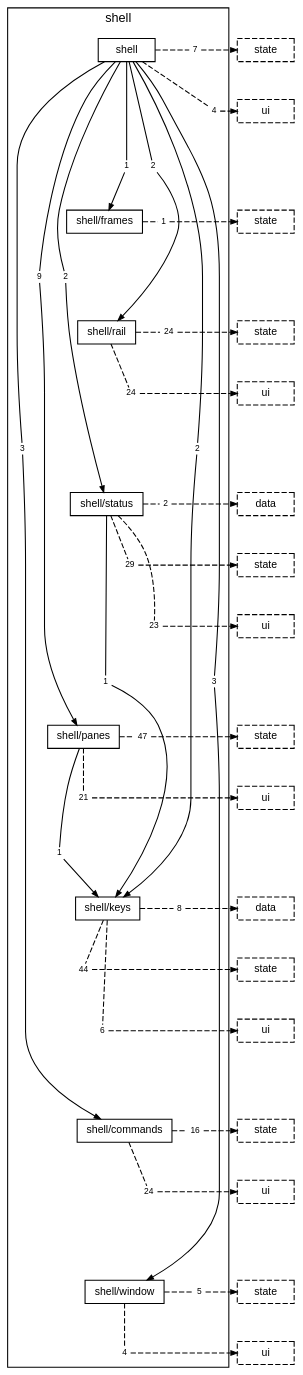
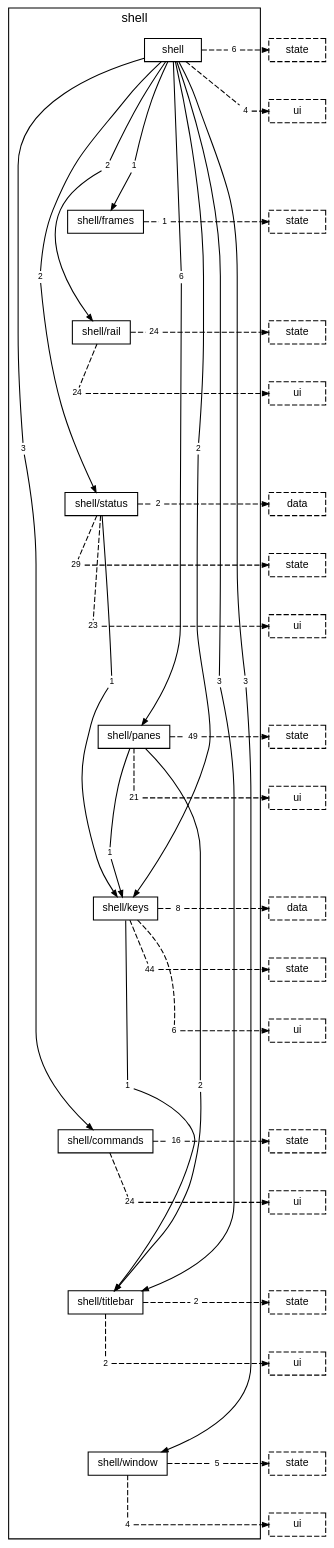
The diagram in docs/diagrams/layer-shell.dot (TheAxeC/oculus), drawn with Graphviz before and after one commit. The commit also changed 193 other files, not shown here.

```diff
--- a/docs/diagrams/layer-shell.dot
+++ b/docs/diagrams/layer-shell.dot
@@ -11,15 +11,17 @@
         "folder shell/panes" [label="shell/panes"];
         "folder shell/keys" [label="shell/keys"];
         "folder shell/commands" [label="shell/commands"];
+        "folder shell/titlebar" [label="shell/titlebar"];
         "folder shell/window" [label="shell/window"];
         "folder shell to folder shell/commands" [label="3", shape=box, color="transparent", fontsize=8, width=0, height=0, margin="0.04,0.02"];
         "folder shell to folder shell/frames" [label="1", shape=box, color="transparent", fontsize=8, width=0, height=0, margin="0.04,0.02"];
         "folder shell to folder shell/keys" [label="2", shape=box, color="transparent", fontsize=8, width=0, height=0, margin="0.04,0.02"];
-        "folder shell to folder shell/panes" [label="9", shape=box, color="transparent", fontsize=8, width=0, height=0, margin="0.04,0.02"];
+        "folder shell to folder shell/panes" [label="6", shape=box, color="transparent", fontsize=8, width=0, height=0, margin="0.04,0.02"];
         "folder shell to folder shell/rail" [label="2", shape=box, color="transparent", fontsize=8, width=0, height=0, margin="0.04,0.02"];
         "folder shell to folder shell/status" [label="2", shape=box, color="transparent", fontsize=8, width=0, height=0, margin="0.04,0.02"];
+        "folder shell to folder shell/titlebar" [label="3", shape=box, color="transparent", fontsize=8, width=0, height=0, margin="0.04,0.02"];
         "folder shell to folder shell/window" [label="3", shape=box, color="transparent", fontsize=8, width=0, height=0, margin="0.04,0.02"];
-        "folder shell to layer state" [label="7", shape=box, color="transparent", fontsize=8, width=0, height=0, margin="0.04,0.02"];
+        "folder shell to layer state" [label="6", shape=box, color="transparent", fontsize=8, width=0, height=0, margin="0.04,0.02"];
         "folder shell to layer ui" [label="4", shape=box, color="transparent", fontsize=8, width=0, height=0, margin="0.04,0.02"];
         "folder shell/frames to layer state" [label="1", shape=box, color="transparent", fontsize=8, width=0, height=0, margin="0.04,0.02"];
         "folder shell/rail to layer state" [label="24", shape=box, color="transparent", fontsize=8, width=0, height=0, margin="0.04,0.02"];
@@ -29,13 +31,17 @@
         "folder shell/status to layer state" [label="29", shape=box, color="transparent", fontsize=8, width=0, height=0, margin="0.04,0.02"];
         "folder shell/status to layer ui" [label="23", shape=box, color="transparent", fontsize=8, width=0, height=0, margin="0.04,0.02"];
         "folder shell/panes to folder shell/keys" [label="1", shape=box, color="transparent", fontsize=8, width=0, height=0, margin="0.04,0.02"];
-        "folder shell/panes to layer state" [label="47", shape=box, color="transparent", fontsize=8, width=0, height=0, margin="0.04,0.02"];
+        "folder shell/panes to folder shell/titlebar" [label="2", shape=box, color="transparent", fontsize=8, width=0, height=0, margin="0.04,0.02"];
+        "folder shell/panes to layer state" [label="49", shape=box, color="transparent", fontsize=8, width=0, height=0, margin="0.04,0.02"];
         "folder shell/panes to layer ui" [label="21", shape=box, color="transparent", fontsize=8, width=0, height=0, margin="0.04,0.02"];
+        "folder shell/keys to folder shell/titlebar" [label="1", shape=box, color="transparent", fontsize=8, width=0, height=0, margin="0.04,0.02"];
         "folder shell/keys to layer data" [label="8", shape=box, color="transparent", fontsize=8, width=0, height=0, margin="0.04,0.02"];
         "folder shell/keys to layer state" [label="44", shape=box, color="transparent", fontsize=8, width=0, height=0, margin="0.04,0.02"];
         "folder shell/keys to layer ui" [label="6", shape=box, color="transparent", fontsize=8, width=0, height=0, margin="0.04,0.02"];
         "folder shell/commands to layer state" [label="16", shape=box, color="transparent", fontsize=8, width=0, height=0, margin="0.04,0.02"];
         "folder shell/commands to layer ui" [label="24", shape=box, color="transparent", fontsize=8, width=0, height=0, margin="0.04,0.02"];
+        "folder shell/titlebar to layer state" [label="2", shape=box, color="transparent", fontsize=8, width=0, height=0, margin="0.04,0.02"];
+        "folder shell/titlebar to layer ui" [label="2", shape=box, color="transparent", fontsize=8, width=0, height=0, margin="0.04,0.02"];
         "folder shell/window to layer state" [label="5", shape=box, color="transparent", fontsize=8, width=0, height=0, margin="0.04,0.02"];
         "folder shell/window to layer ui" [label="4", shape=box, color="transparent", fontsize=8, width=0, height=0, margin="0.04,0.02"];
     }
@@ -54,6 +60,8 @@
     "layer ui from folder shell/keys" [label="ui", style=dashed];
     "layer state from folder shell/commands" [label="state", style=dashed];
     "layer ui from folder shell/commands" [label="ui", style=dashed];
+    "layer state from folder shell/titlebar" [label="state", style=dashed];
+    "layer ui from folder shell/titlebar" [label="ui", style=dashed];
     "layer state from folder shell/window" [label="state", style=dashed];
     "layer ui from folder shell/window" [label="ui", style=dashed];
     "folder shell" -> "folder shell/frames" [style=invis, weight=10, minlen=3];
@@ -62,7 +70,8 @@
     "folder shell/status" -> "folder shell/panes" [style=invis, weight=10, minlen=4];
     "folder shell/panes" -> "folder shell/keys" [style=invis, weight=10, minlen=3];
     "folder shell/keys" -> "folder shell/commands" [style=invis, weight=10, minlen=4];
-    "folder shell/commands" -> "folder shell/window" [style=invis, weight=10, minlen=3];
+    "folder shell/commands" -> "folder shell/titlebar" [style=invis, weight=10, minlen=3];
+    "folder shell/titlebar" -> "folder shell/window" [style=invis, weight=10, minlen=3];
     "folder shell" -> "folder shell to folder shell/commands" [arrowhead=none, minlen=7, weight=10];
     "folder shell to folder shell/commands" -> "folder shell/commands" [];
     "folder shell" -> "folder shell to folder shell/frames" [arrowhead=none, minlen=2, weight=10];
@@ -75,6 +84,8 @@
     "folder shell to folder shell/rail" -> "folder shell/rail" [];
     "folder shell" -> "folder shell to folder shell/status" [arrowhead=none, minlen=4, weight=10];
     "folder shell to folder shell/status" -> "folder shell/status" [];
+    "folder shell" -> "folder shell to folder shell/titlebar" [arrowhead=none, minlen=11, weight=10];
+    "folder shell to folder shell/titlebar" -> "folder shell/titlebar" [];
     "folder shell" -> "folder shell to folder shell/window" [arrowhead=none, minlen=11, weight=10];
     "folder shell to folder shell/window" -> "folder shell/window" [];
     "folder shell" -> "folder shell to layer state" [arrowhead=none, style=dashed];
@@ -105,12 +116,16 @@
     { rank=same; "folder shell/status to layer ui"; "layer ui from folder shell/status"; }
     "folder shell/panes" -> "folder shell/panes to folder shell/keys" [arrowhead=none, minlen=2, weight=10];
     "folder shell/panes to folder shell/keys" -> "folder shell/keys" [];
+    "folder shell/panes" -> "folder shell/panes to folder shell/titlebar" [arrowhead=none, minlen=6, weight=10];
+    "folder shell/panes to folder shell/titlebar" -> "folder shell/titlebar" [];
     "folder shell/panes" -> "folder shell/panes to layer state" [arrowhead=none, style=dashed];
     "folder shell/panes to layer state" -> "layer state from folder shell/panes" [style=dashed];
     { rank=same; "folder shell/panes"; "folder shell/panes to layer state"; "layer state from folder shell/panes"; }
     "folder shell/panes" -> "folder shell/panes to layer ui" [arrowhead=none, style=dashed, minlen=1, weight=10];
     "folder shell/panes to layer ui" -> "layer ui from folder shell/panes" [style=dashed];
     { rank=same; "folder shell/panes to layer ui"; "layer ui from folder shell/panes"; }
+    "folder shell/keys" -> "folder shell/keys to folder shell/titlebar" [arrowhead=none, minlen=3, weight=10];
+    "folder shell/keys to folder shell/titlebar" -> "folder shell/titlebar" [];
     "folder shell/keys" -> "folder shell/keys to layer data" [arrowhead=none, style=dashed];
     "folder shell/keys to layer data" -> "layer data from folder shell/keys" [style=dashed];
     { rank=same; "folder shell/keys"; "folder shell/keys to layer data"; "layer data from folder shell/keys"; }
@@ -126,6 +141,12 @@
     "folder shell/commands" -> "folder shell/commands to layer ui" [arrowhead=none, style=dashed, minlen=1, weight=10];
     "folder shell/commands to layer ui" -> "layer ui from folder shell/commands" [style=dashed];
     { rank=same; "folder shell/commands to layer ui"; "layer ui from folder shell/commands"; }
+    "folder shell/titlebar" -> "folder shell/titlebar to layer state" [arrowhead=none, style=dashed];
+    "folder shell/titlebar to layer state" -> "layer state from folder shell/titlebar" [style=dashed];
+    { rank=same; "folder shell/titlebar"; "folder shell/titlebar to layer state"; "layer state from folder shell/titlebar"; }
+    "folder shell/titlebar" -> "folder shell/titlebar to layer ui" [arrowhead=none, style=dashed, minlen=1, weight=10];
+    "folder shell/titlebar to layer ui" -> "layer ui from folder shell/titlebar" [style=dashed];
+    { rank=same; "folder shell/titlebar to layer ui"; "layer ui from folder shell/titlebar"; }
     "folder shell/window" -> "folder shell/window to layer state" [arrowhead=none, style=dashed];
     "folder shell/window to layer state" -> "layer state from folder shell/window" [style=dashed];
     { rank=same; "folder shell/window"; "folder shell/window to layer state"; "layer state from folder shell/window"; }
```
